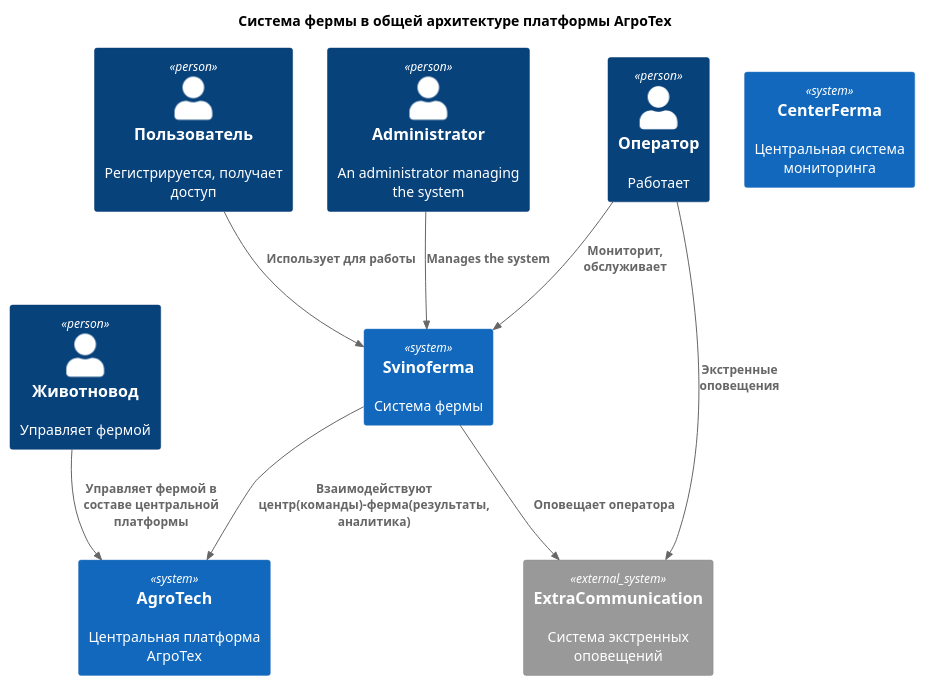
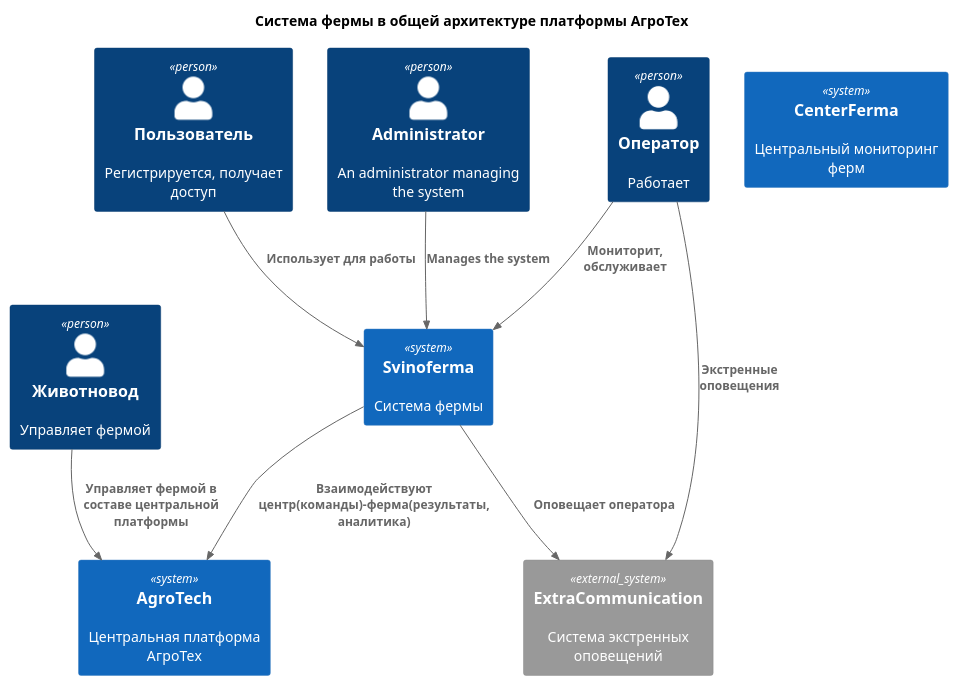
The diagram in Task1/Context1.puml (IvanVerba/MSA-AgroTech), drawn with PlantUML before and after one commit.

Commit message:
Task1: Переименовал center_ferma: Центральный мониторинг ферм

```diff
--- a/Task1/Context1.puml
+++ b/Task1/Context1.puml
@@ -1,26 +1,26 @@
 @startuml
 title Ferma Context Diagram
 
 top to bottom direction
 
 !includeurl https://raw.githubusercontent.com/RicardoNiepel/C4-PlantUML/master/C4_Component.puml
 
   title Система фермы в общей архитектуре платформы АгроТех
 
   Person(user, "Пользователь", "Регистрируется, получает доступ")
   Person(operator, "Оператор", "Работает")
   Person(admin, "Administrator", "An administrator managing the system")
   Person(mainuser, "Животновод", "Управляет фермой")
   System(ferma, "Svinoferma", "Система фермы")
-  System(center_ferma, "CenterFerma", "Центральная система мониторинга")
+  System(center_ferma, "CenterFerma", "Центральный мониторинг ферм")
   System(agro_tech, "AgroTech", "Центральная платформа АгроТех")
   System_Ext(extr_comm, "ExtraCommunication", "Система экстренных оповещений")
   Rel(user, ferma, "Использует для работы")
   Rel(operator, ferma, "Мониторит, обслуживает")
   Rel(operator, extr_comm, "Экстренные оповещения")
   Rel(admin,ferma,"Manages the system")
   Rel(ferma,extr_comm,"Оповещает оператора")
   Rel(mainuser,agro_tech,"Управляет фермой в составе центральной платформы")
   Rel(ferma,agro_tech,"Взаимодействуют центр(команды)-ферма(результаты, аналитика)")
 
 @enduml
```
